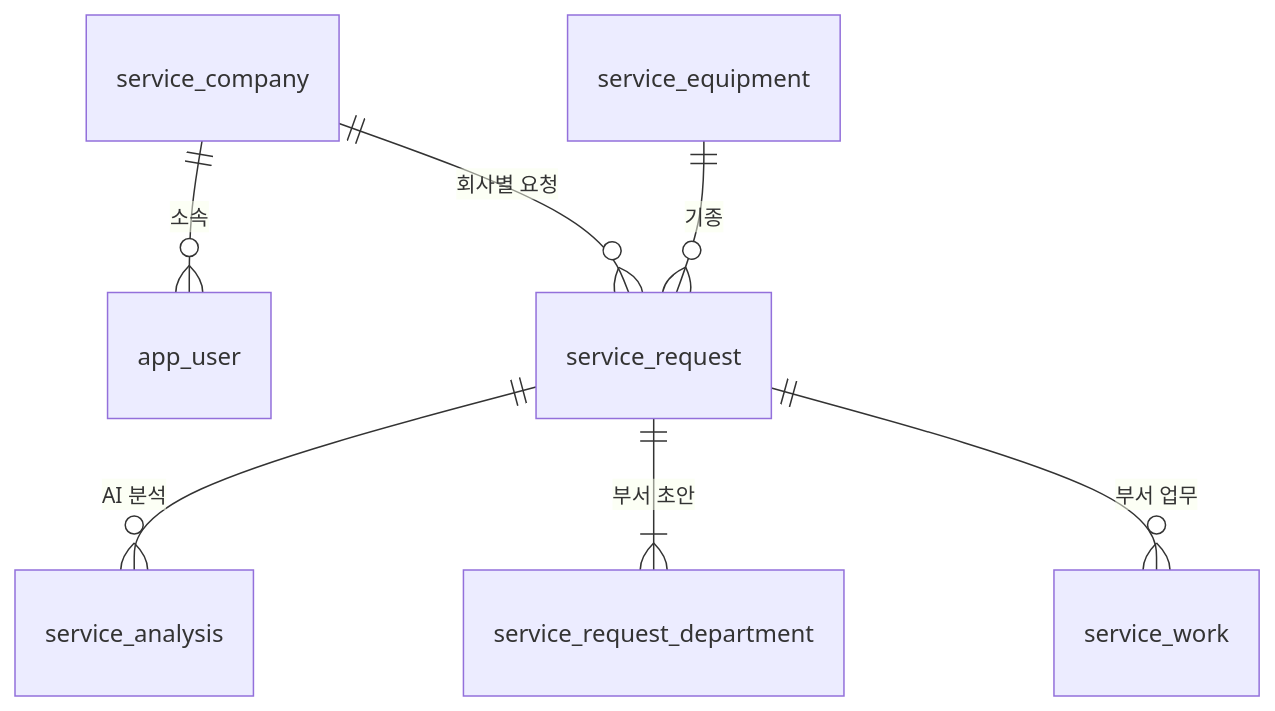
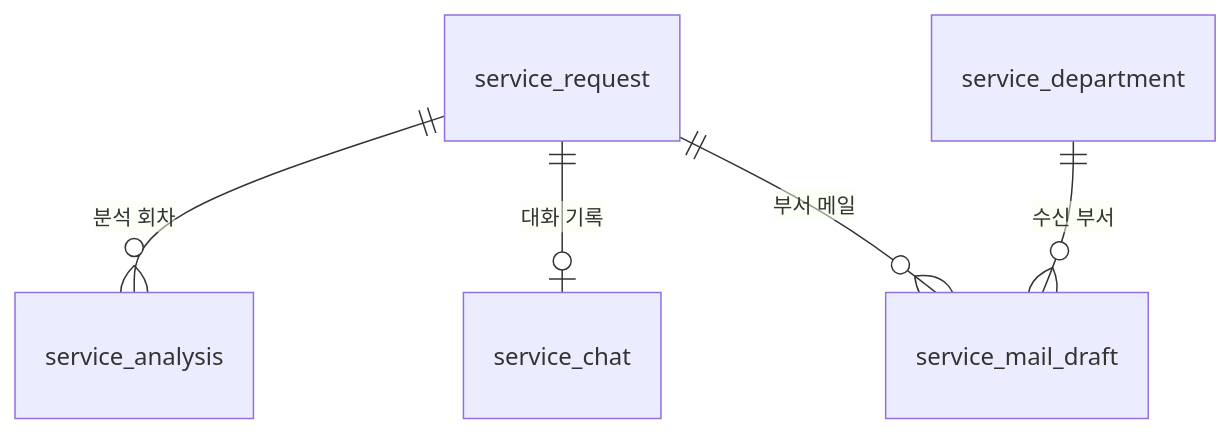
The sixth of 6 diagrams in README.md (lgd12345/M2-1_codyssey_Final_Project), drawn with Mermaid before and after one commit. The commit also changed other lines of this file and 37 other files, not shown here.

````diff
--- a/README.md
+++ b/README.md
@@ -443,9 +340,7 @@
 ```mermaid
 erDiagram
-    service_company ||--o{ app_user : "소속"
-    service_company ||--o{ service_request : "회사별 요청"
-    service_equipment ||--o{ service_request : "기종"
-    service_request ||--o{ service_analysis : "AI 분석"
-    service_request ||--|{ service_request_department : "부서 초안"
-    service_request ||--o{ service_work : "부서 업무"
+    service_request ||--o{ service_analysis : "분석 회차"
+    service_request ||--o| service_chat : "대화 기록"
+    service_request ||--o{ service_mail_draft : "부서 메일"
+    service_department ||--o{ service_mail_draft : "수신 부서"
 ```
````
